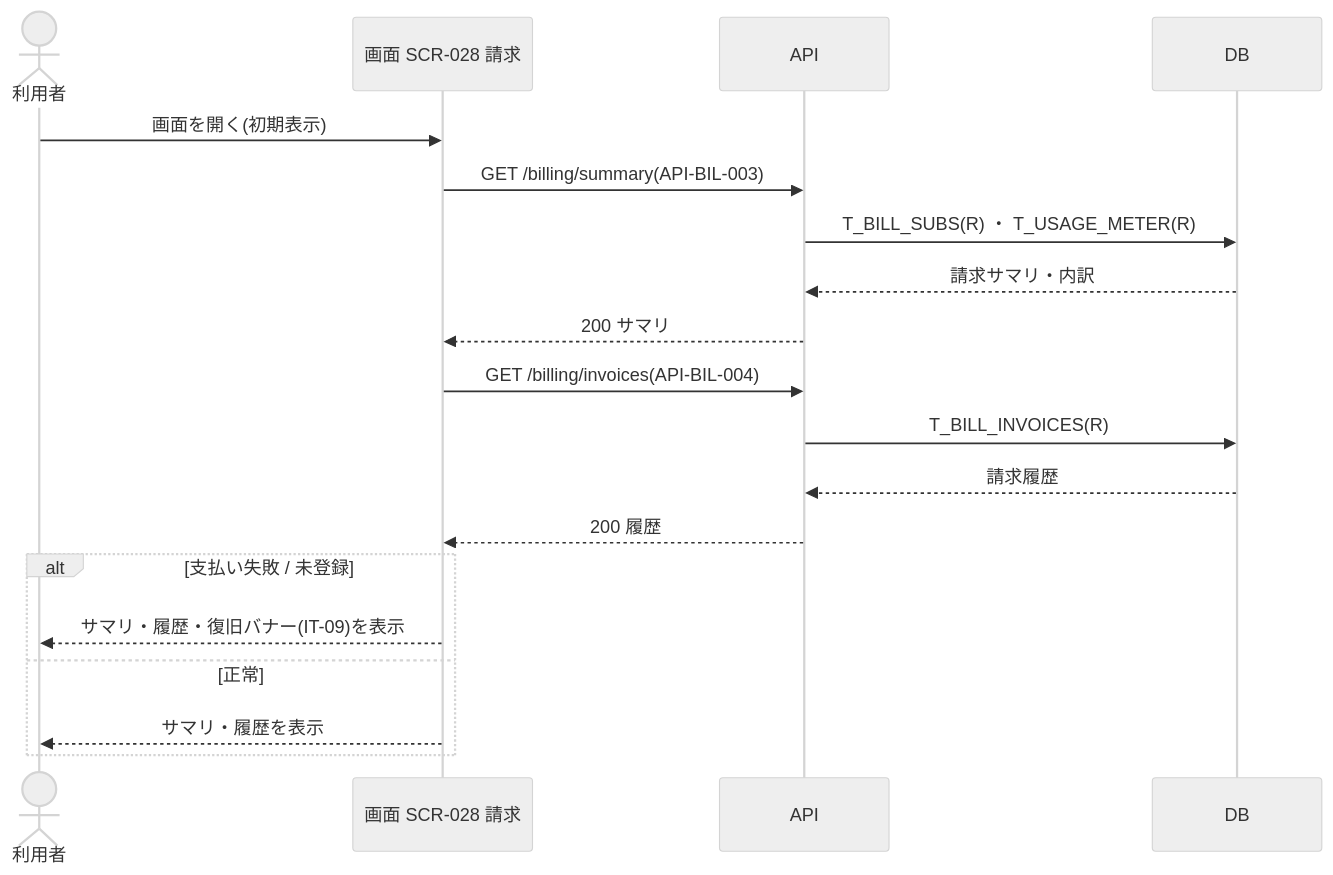
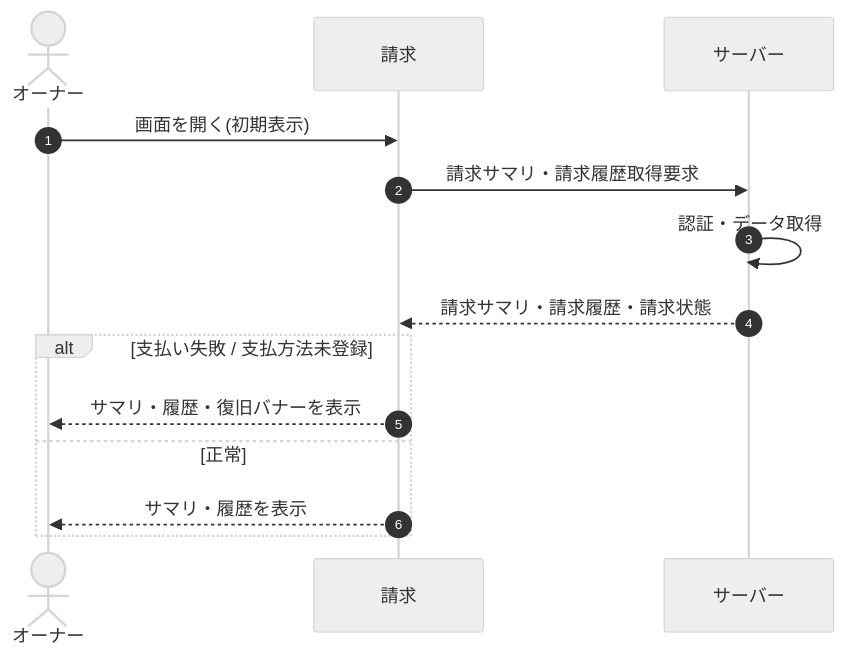
One commit to sikakou54/open-faq changed the diagram in 02_basic_design/05_sequences/SEQ-081.md. Above: the diagram before and after it, drawn with Mermaid (neutral theme). The commit also changed other lines of this file and 108 other files, not shown here.

First line of the commit message:
基本設計: シーケンス図を基本設計粒度(ユーザー/画面/サーバー)へ再編成

````diff
--- a/02_basic_design/05_sequences/SEQ-081.md
+++ b/02_basic_design/05_sequences/SEQ-081.md
@@ -25,21 +32,16 @@
 ```mermaid
 sequenceDiagram
-  actor U as 利用者
-  participant S as 画面 SCR-028 請求
-  participant API as API
-  participant DB as DB
-  U->>S: 画面を開く(初期表示)
-  S->>API: GET /billing/summary(API-BIL-003)
-  API->>DB: T_BILL_SUBS(R) ・ T_USAGE_METER(R)
-  DB-->>API: 請求サマリ・内訳
-  API-->>S: 200 サマリ
-  S->>API: GET /billing/invoices(API-BIL-004)
-  API->>DB: T_BILL_INVOICES(R)
-  DB-->>API: 請求履歴
-  API-->>S: 200 履歴
-  alt 支払い失敗 / 未登録
-    S-->>U: サマリ・履歴・復旧バナー(IT-09)を表示
+  autonumber
+  actor U as オーナー
+  participant Screen as 請求
+  participant Server as サーバー
+  U->>Screen: 画面を開く(初期表示)
+  Screen->>Server: 請求サマリ・請求履歴取得要求
+  Server->>Server: 認証・データ取得
+  Server-->>Screen: 請求サマリ・請求履歴・請求状態
+  alt 支払い失敗 / 支払方法未登録
+    Screen-->>U: サマリ・履歴・復旧バナーを表示
   else 正常
-    S-->>U: サマリ・履歴を表示
+    Screen-->>U: サマリ・履歴を表示
   end
 ```
````
